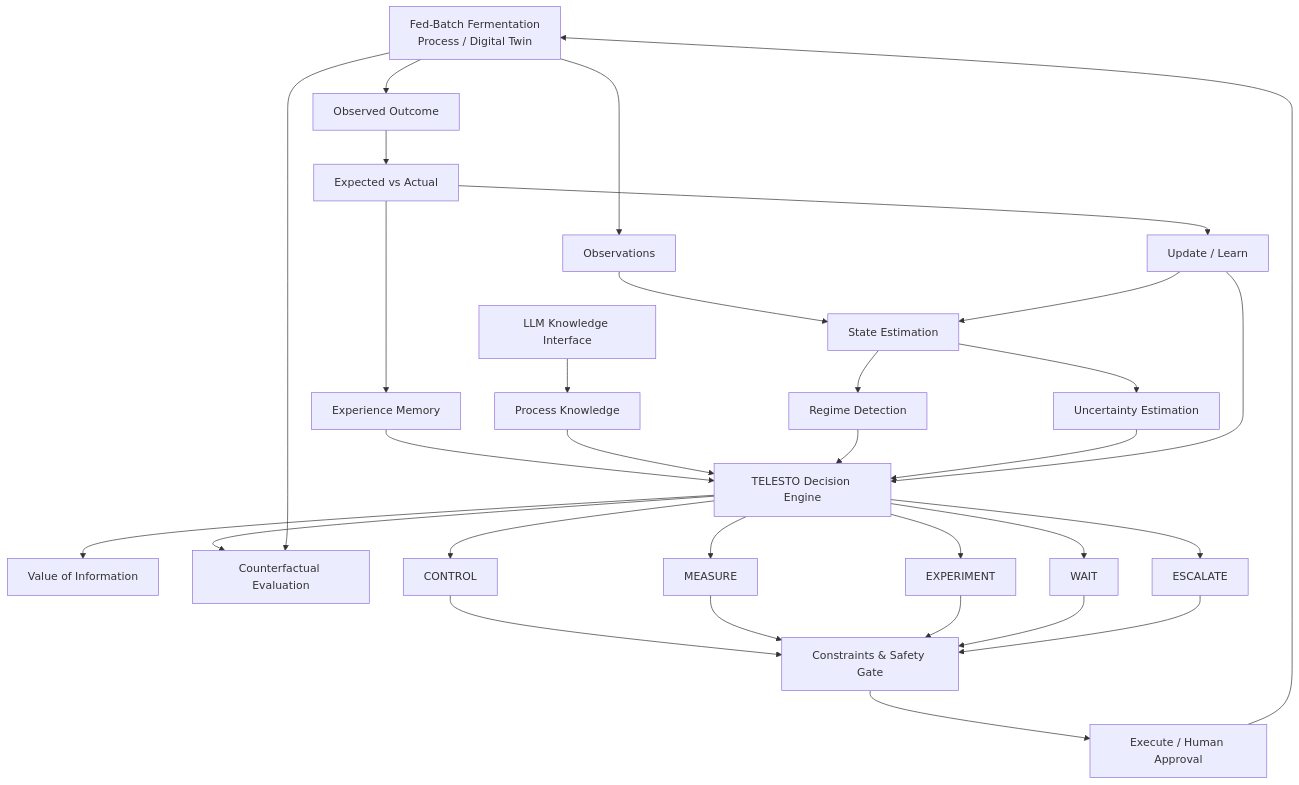
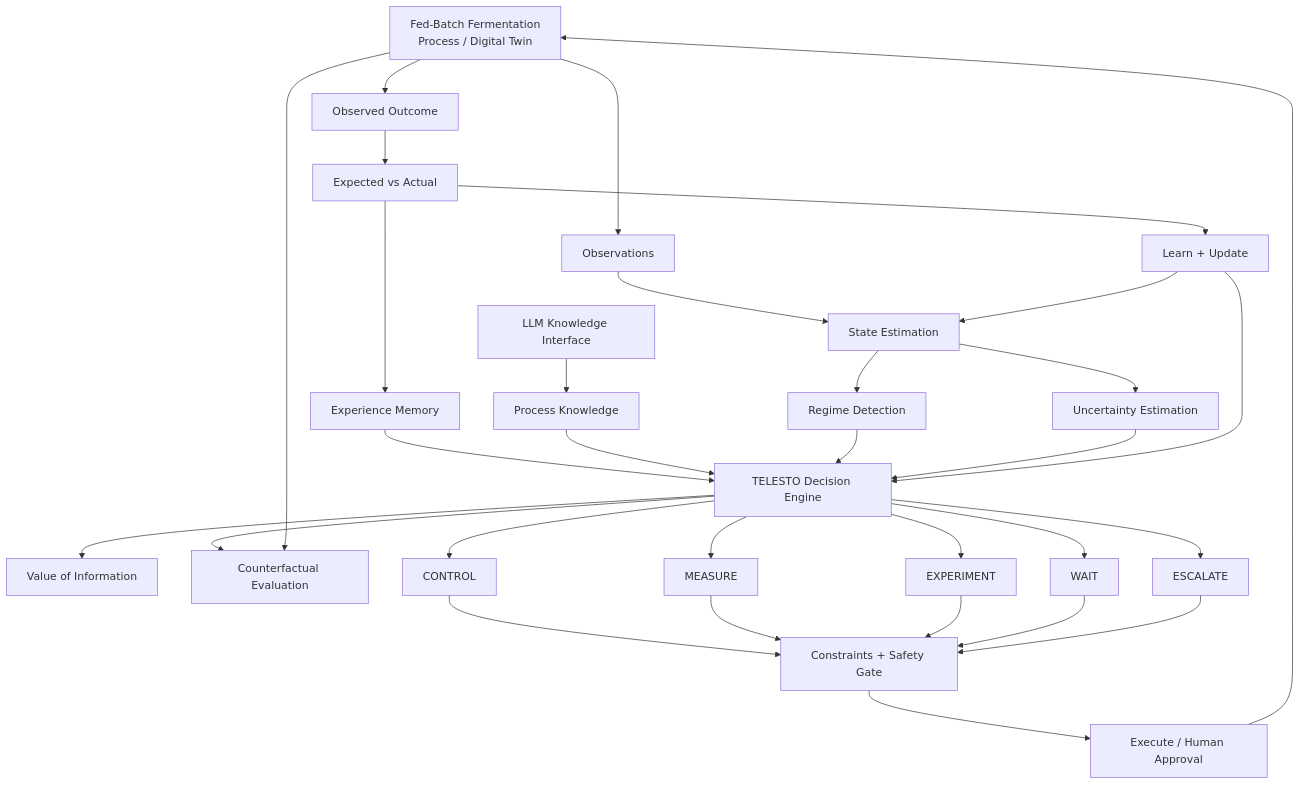
Before and after one commit to sidnim12/TELESTO: the first of 14 diagrams in README.md, drawn with Mermaid. The commit also changed other lines of this file, not shown here.

Commit message:
Refine TELESTO README diagrams

````diff
--- a/README.md
+++ b/README.md
@@ -23,65 +29,67 @@
 ```mermaid
 flowchart TB
 
     A["Fed-Batch Fermentation<br/>Process / Digital Twin"]
     B["Observations"]
     C["State Estimation"]
     D["Regime Detection"]
     E["Uncertainty Estimation"]
 
     M["Experience Memory"]
     K["Process Knowledge"]
     L["LLM Knowledge Interface"]
 
     P["TELESTO Decision Engine"]
     V["Value of Information"]
     X["Counterfactual Evaluation"]
 
     Ctl["CONTROL"]
     Meas["MEASURE"]
     Exp["EXPERIMENT"]
     Wait["WAIT"]
     Esc["ESCALATE"]
 
-    S["Constraints & Safety Gate"]
+    S["Constraints + Safety Gate"]
     O["Execute / Human Approval"]
     R["Observed Outcome"]
     E2["Expected vs Actual"]
-    U["Update / Learn"]
+    U["Learn + Update"]
 
     A --> B
     B --> C
     C --> D
     C --> E
 
     M --> P
     K --> P
     L --> K
     D --> P
     E --> P
 
     P --> V
     P --> X
     A --> X
 
     P --> Ctl
     P --> Meas
     P --> Exp
     P --> Wait
     P --> Esc
 
     Ctl --> S
     Meas --> S
     Exp --> S
     Wait --> S
     Esc --> S
 
     S --> O
     O --> A
     A --> R
     R --> E2
+
     E2 --> M
     E2 --> U
+
     U --> C
     U --> P
 ```
````
